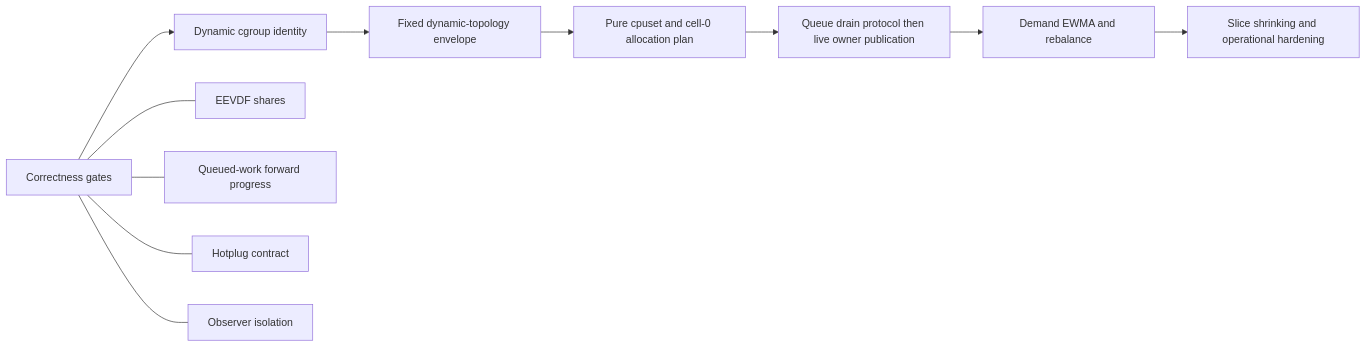
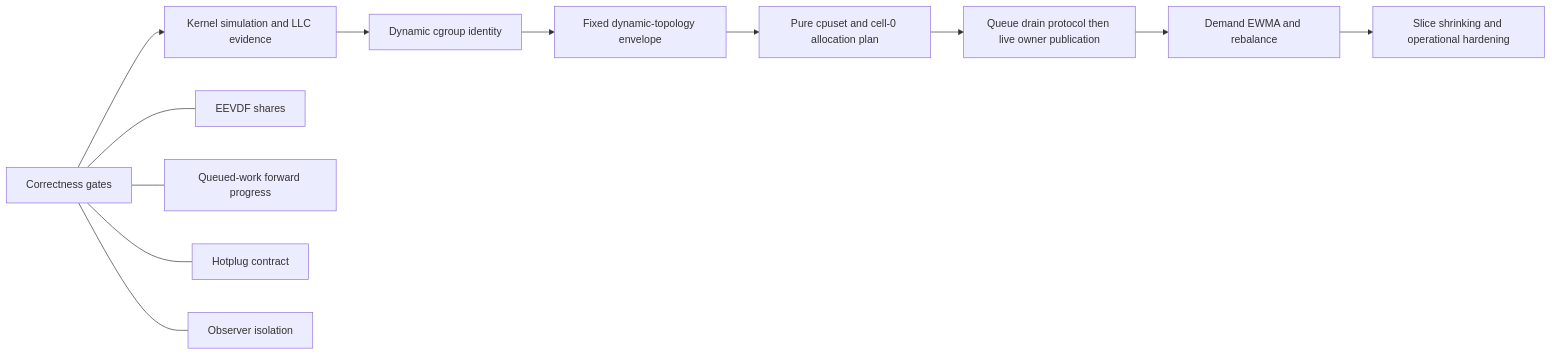
One commit to tommy-u/scx changed the diagram in docs/snake-review/README.md. Above: the diagram before and after it, drawn with Mermaid. The commit also changed other lines of this file and 4 other files, not shown here.

Commit message:
docs: refresh Snake roadmap priorities

````diff
--- a/docs/snake-review/README.md
+++ b/docs/snake-review/README.md
@@ -110,14 +129,15 @@
 ```mermaid
 flowchart LR
-    A[Correctness gates] --> B[Dynamic cgroup identity]
+    A[Correctness gates] --> K[Kernel simulation and LLC evidence]
+    K --> B[Dynamic cgroup identity]
     B --> C[Fixed dynamic-topology envelope]
     C --> D[Pure cpuset and cell-0 allocation plan]
     D --> E[Queue drain protocol then live owner publication]
     E --> F[Demand EWMA and rebalance]
     F --> G[Slice shrinking and operational hardening]
 
     A --- A1[EEVDF shares]
     A --- A2[Queued-work forward progress]
     A --- A3[Hotplug contract]
     A --- A4[Observer isolation]
 ```
````
